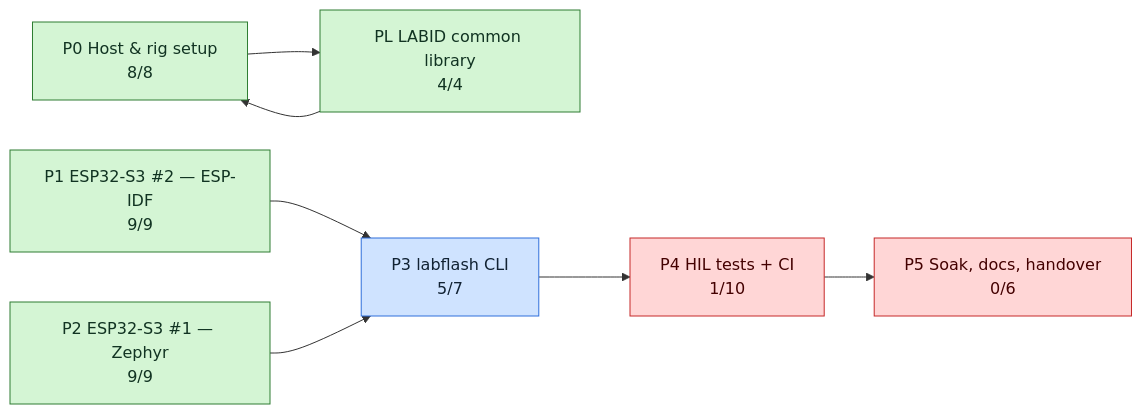
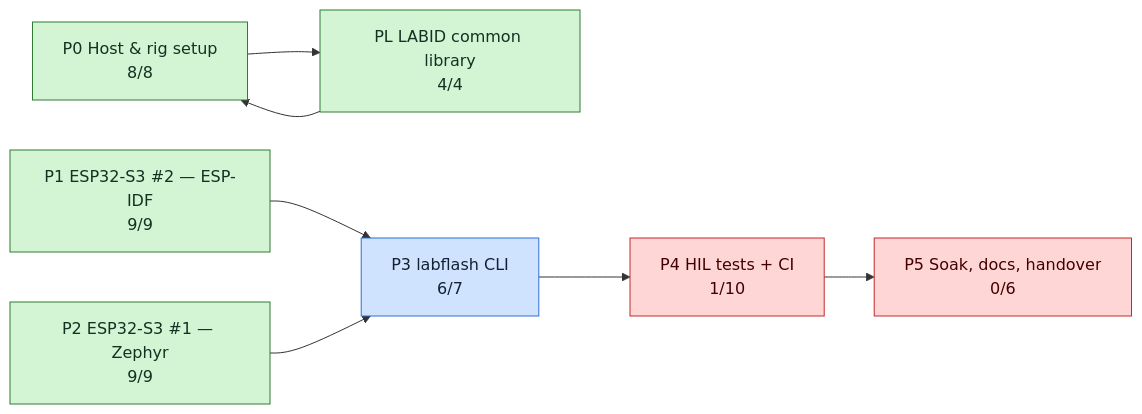
One commit to mohamed-soubhi/bootlab-esp changed the second of 3 diagrams in tickets/TICKETS.md. Above: the diagram before and after it, drawn with Mermaid. The commit also changed other lines of this file and 10 other files, not shown here.

````diff
--- a/tickets/TICKETS.md
+++ b/tickets/TICKETS.md
@@ -36,20 +36,20 @@
 ```mermaid
 flowchart LR
     E0["P0 Host & rig setup<br/>8/8"]:::done
     EL["PL LABID common library<br/>4/4"]:::done
     E1["P1 ESP32-S3 #2 — ESP-IDF<br/>9/9"]:::done
     E2["P2 ESP32-S3 #1 — Zephyr<br/>9/9"]:::done
-    E3["P3 labflash CLI<br/>5/7"]:::doing
+    E3["P3 labflash CLI<br/>6/7"]:::doing
     E4["P4 HIL tests + CI<br/>1/10"]:::blocked
     E5["P5 Soak, docs, handover<br/>0/6"]:::blocked
     E0 --> EL
     E1 --> E3
     E2 --> E3
     E3 --> E4
     E4 --> E5
     EL --> E0
     classDef todo fill:#eeeeee,stroke:#999,color:#333
     classDef doing fill:#cfe3ff,stroke:#2f6fdb,color:#123
     classDef blocked fill:#ffd6d6,stroke:#c62828,color:#400
     classDef done fill:#d4f5d4,stroke:#2e7d32,color:#132
 ```
````
